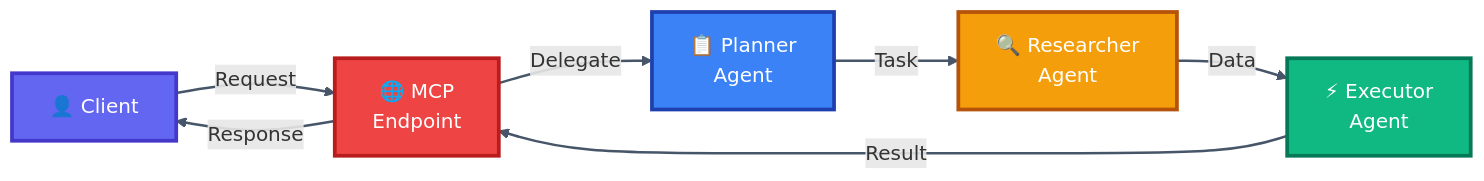
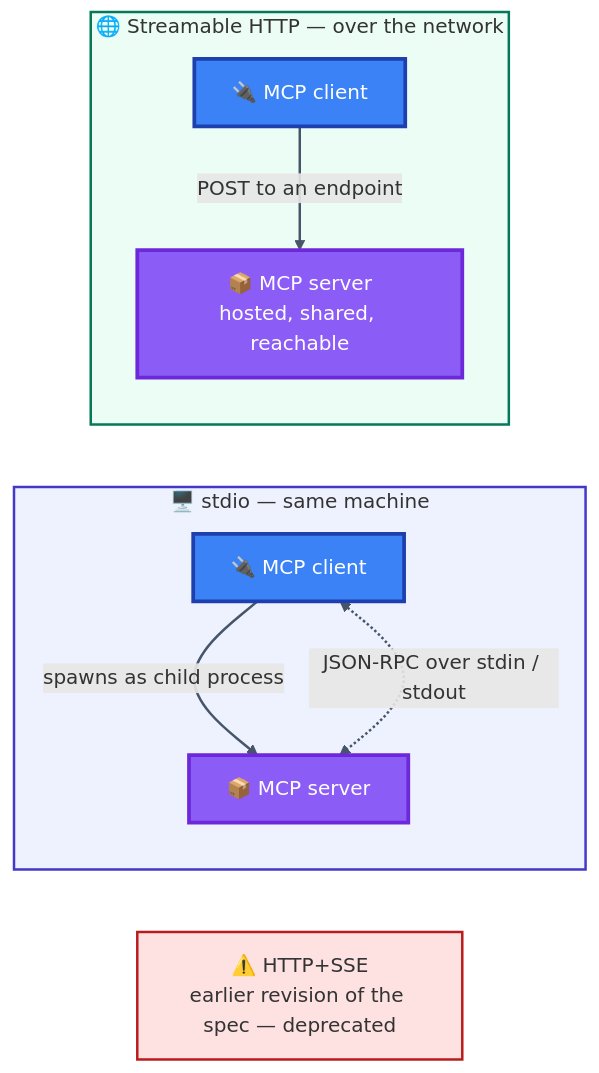
Diagram 26 of 28 in README.md (mrsachindixit/agentixit), drawn with Mermaid before and after one commit. The commit also changed other lines of this file, not shown here.

Commit message:
refined MCP section

````diff
--- a/README.md
+++ b/README.md
@@ -1396,17 +1440,22 @@
 ```mermaid
 graph LR
-    Client["👤 Client"] -->|"Request"| MCP["🌐 MCP\nEndpoint"]
-    MCP -->|"Delegate"| Planner["📋 Planner\nAgent"]
-    Planner -->|"Task"| Researcher["🔍 Researcher\nAgent"]
-    Researcher -->|"Data"| Executor["⚡ Executor\nAgent"]
-    Executor -->|"Result"| MCP
-    MCP -->|"Response"| Client
+    subgraph LOCAL["🖥️ stdio — same machine"]
+        C1["🔌 MCP client"] -->|"spawns as child process"| S1["📦 MCP server"]
+        C1 <-.->|"JSON-RPC over stdin / stdout"| S1
+    end
 
-    style Client fill:#6366F1,stroke:#4338CA,color:#fff,stroke-width:3px
-    style MCP fill:#EF4444,stroke:#B91C1C,color:#fff,stroke-width:3px
-    style Planner fill:#3B82F6,stroke:#1E40AF,color:#fff,stroke-width:3px
-    style Researcher fill:#F59E0B,stroke:#B45309,color:#fff,stroke-width:3px
-    style Executor fill:#10B981,stroke:#047857,color:#fff,stroke-width:3px
+    subgraph REMOTE["🌐 Streamable HTTP — over the network"]
+        C2["🔌 MCP client"] -->|"POST to an endpoint"| S2["📦 MCP server\nhosted, shared, reachable"]
+    end
 
+    OLD["⚠️ HTTP+SSE\nearlier revision of the spec — deprecated"]
+
+    style C1 fill:#3B82F6,stroke:#1E40AF,color:#fff,stroke-width:3px
+    style S1 fill:#8B5CF6,stroke:#6D28D9,color:#fff,stroke-width:3px
+    style C2 fill:#3B82F6,stroke:#1E40AF,color:#fff,stroke-width:3px
+    style S2 fill:#8B5CF6,stroke:#6D28D9,color:#fff,stroke-width:3px
+    style OLD fill:#FEE2E2,stroke:#B91C1C,stroke-width:2px
+    style LOCAL fill:#EEF2FF,stroke:#4338CA,stroke-width:2px
+    style REMOTE fill:#ECFDF5,stroke:#047857,stroke-width:2px
     linkStyle default stroke:#475569,stroke-width:2px
 ```
````
